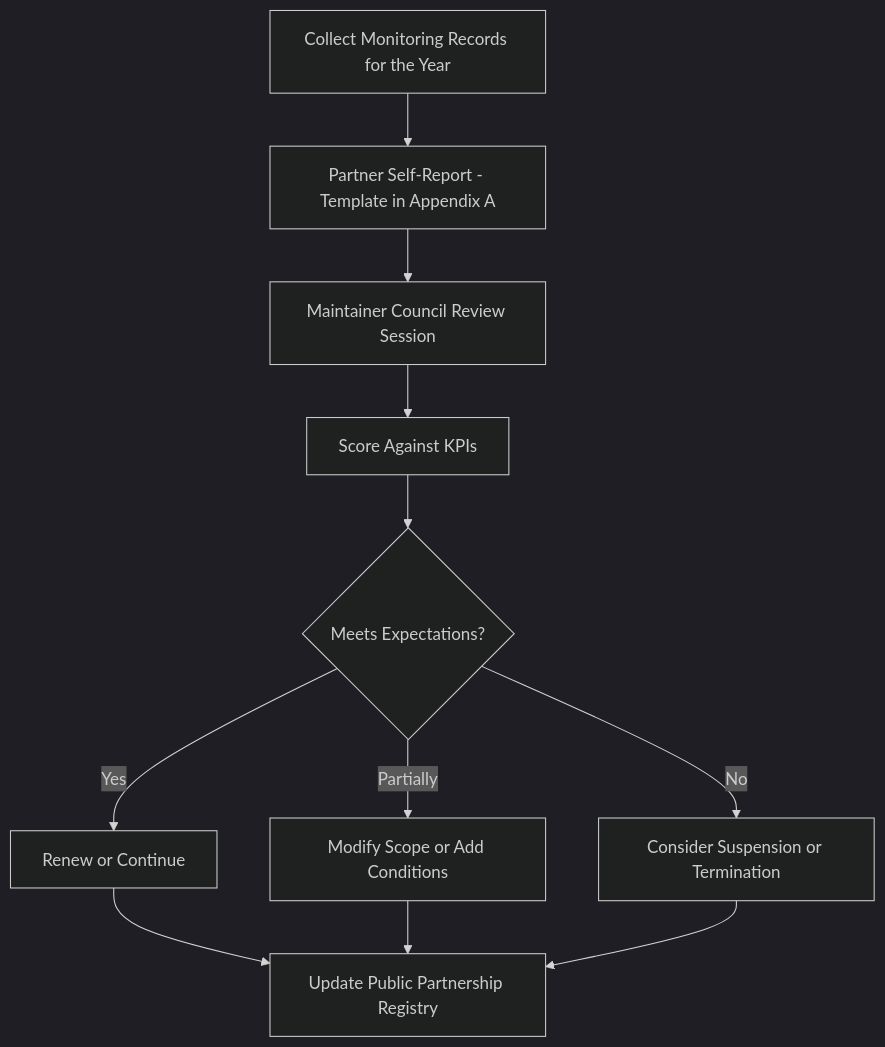
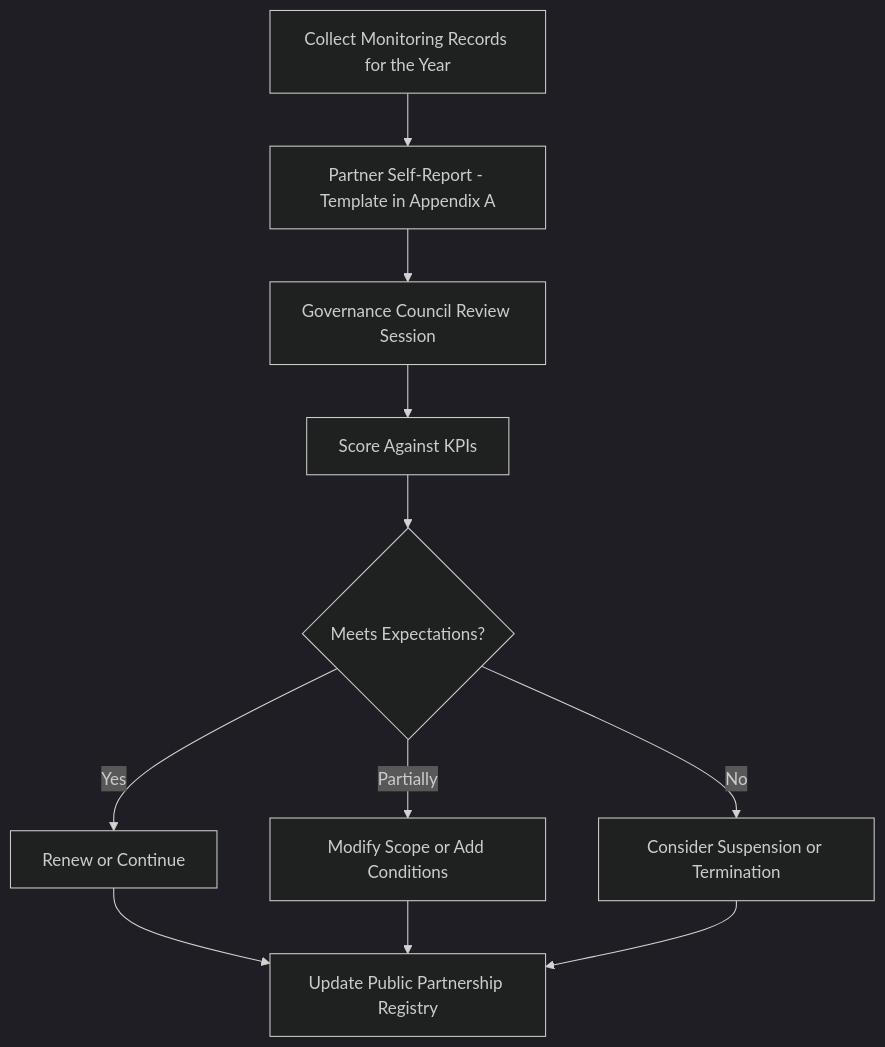
The sixth of 6 diagrams in PARTNERSHIPS.md (Celo-HaiTi/celoht-research), drawn with Mermaid (dark theme) before and after one commit. The commit also changed other lines of this file and 20 other files, not shown here.

````diff
--- a/PARTNERSHIPS.md
+++ b/PARTNERSHIPS.md
@@ -538,13 +540,13 @@
 ```mermaid
 flowchart TD
     A[Collect Monitoring Records for the Year] --> B[Partner Self-Report - Template in Appendix A]
-    B --> C[Maintainer Council Review Session]
+    B --> C[Governance Council Review Session]
     C --> D[Score Against KPIs]
     D --> E{Meets Expectations?}
     E -- Yes --> F[Renew or Continue]
     E -- Partially --> G[Modify Scope or Add Conditions]
     E -- No --> H[Consider Suspension or Termination]
     F --> I[Update Public Partnership Registry]
     G --> I
     H --> I
 ```
````
